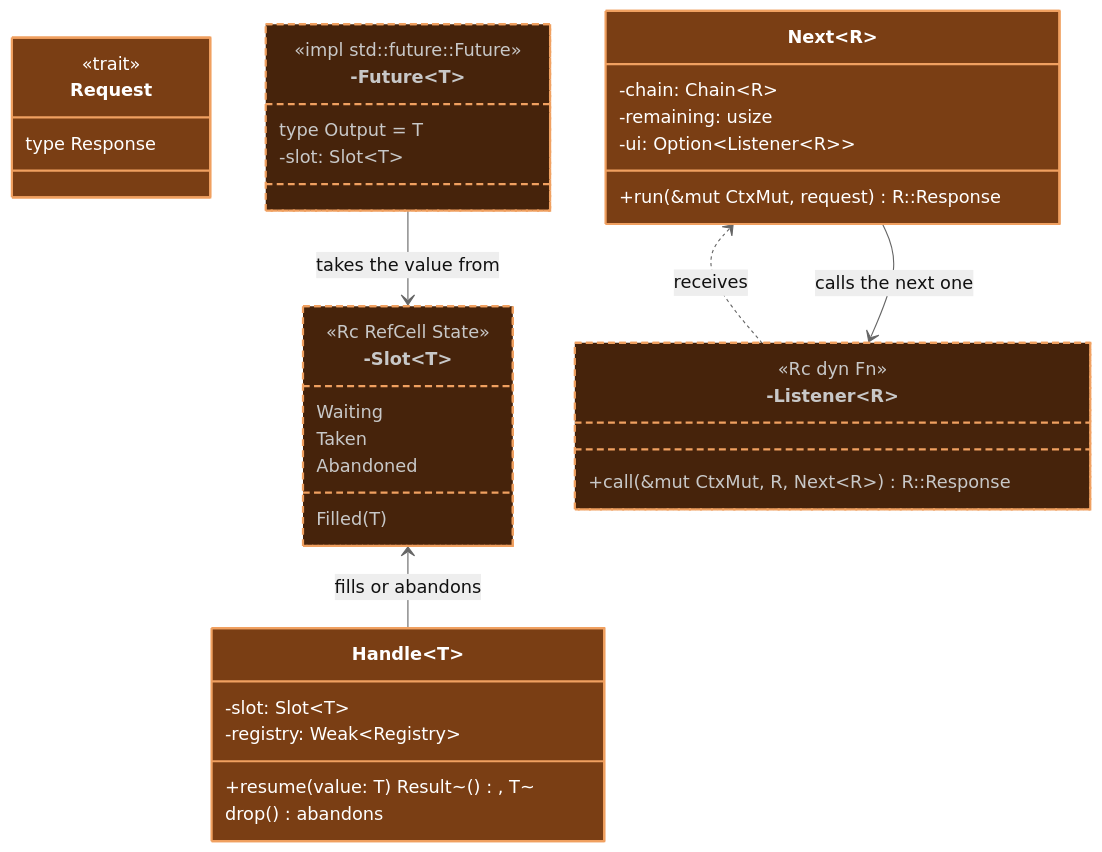
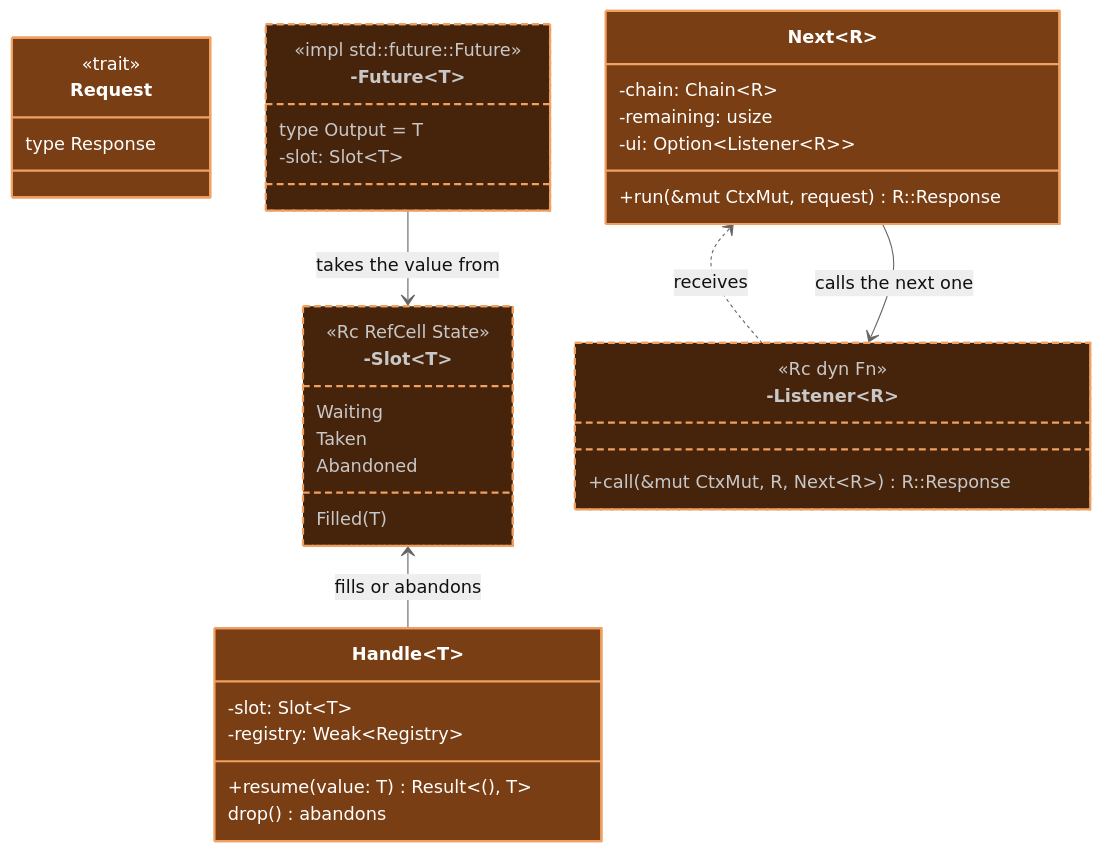
Before and after one commit to andrewtc/posturn: the fifth of 5 diagrams in book/src/next_turn/plan/types.md, drawn with Mermaid (neutral theme). The commit also changed other lines of this file, not shown here.

Commit message:
Fix garbled generics in plan class diagrams

````diff
--- a/book/src/next_turn/plan/types.md
+++ b/book/src/next_turn/plan/types.md
@@ -302,59 +312,61 @@
 ```mermaid
 %%{init: {"class": {"nodeSpacing": 10, "rankSpacing": 35}}}%%
 classDiagram
     direction TB
 
+    %% Generics that nest, or contain `()`, are written with HTML entities (`#lt;`, `#gt;`, `#40;`, `#41;`): Mermaid
+    %% misreads nested `~T~` generics as Markdown strikethrough, and treats any member containing `()` as a method.
     %% Layout: the order of declarations and the direction of each arrow (e.g. `A <.. B` instead of `B ..> A`, which
     %% means the same thing) were tuned by measuring rendered variants for size and edge crossings. Reordering lines
     %% or flipping arrows here can change the layout noticeably.
 
     class Request {
         <<trait>>
         type Response
     }
 
     class Next~R~ {
         -chain: Chain~R~
         -remaining: usize
         -ui: Option~Listener~R~~
         +run(&mut CtxMut, request) R::Response
     }
 
     class Future["-Future#lt;T#gt;"] {
         <<impl std::future::Future>>
         type Output = T
         -slot: Slot~T~
     }
 
     class Slot["-Slot#lt;T#gt;"] {
         <<Rc RefCell State>>
         Waiting
         Filled(T)
         Taken
         Abandoned
     }
 
     class Listener["-Listener#lt;R#gt;"] {
         <<Rc dyn Fn>>
         +call(&mut CtxMut, R, Next~R~) R::Response
     }
 
     class Handle~T~ {
         -slot: Slot~T~
         -registry: Weak~Registry~
-        +resume(value: T) Result~(), T~
+        +resume(value: T) Result#lt;#40;#41;, T#gt;
         drop() abandons
     }
 
     Future --> Slot : takes the value from
     Next <.. Listener : receives
     Slot <-- Handle : fills or abandons
     Next --> Listener : calls the next one
 
     style Request fill:#7a3e14,stroke:#f0a060,stroke-width:2px,color:#ffffff
     style Listener fill:#46230b,stroke:#f0a060,stroke-width:2px,stroke-dasharray:6 4,color:#c8c8c8
     style Next fill:#7a3e14,stroke:#f0a060,stroke-width:2px,color:#ffffff
     style Handle fill:#7a3e14,stroke:#f0a060,stroke-width:2px,color:#ffffff
     style Future fill:#46230b,stroke:#f0a060,stroke-width:2px,stroke-dasharray:6 4,color:#c8c8c8
     style Slot fill:#46230b,stroke:#f0a060,stroke-width:2px,stroke-dasharray:6 4,color:#c8c8c8
 ```
````
